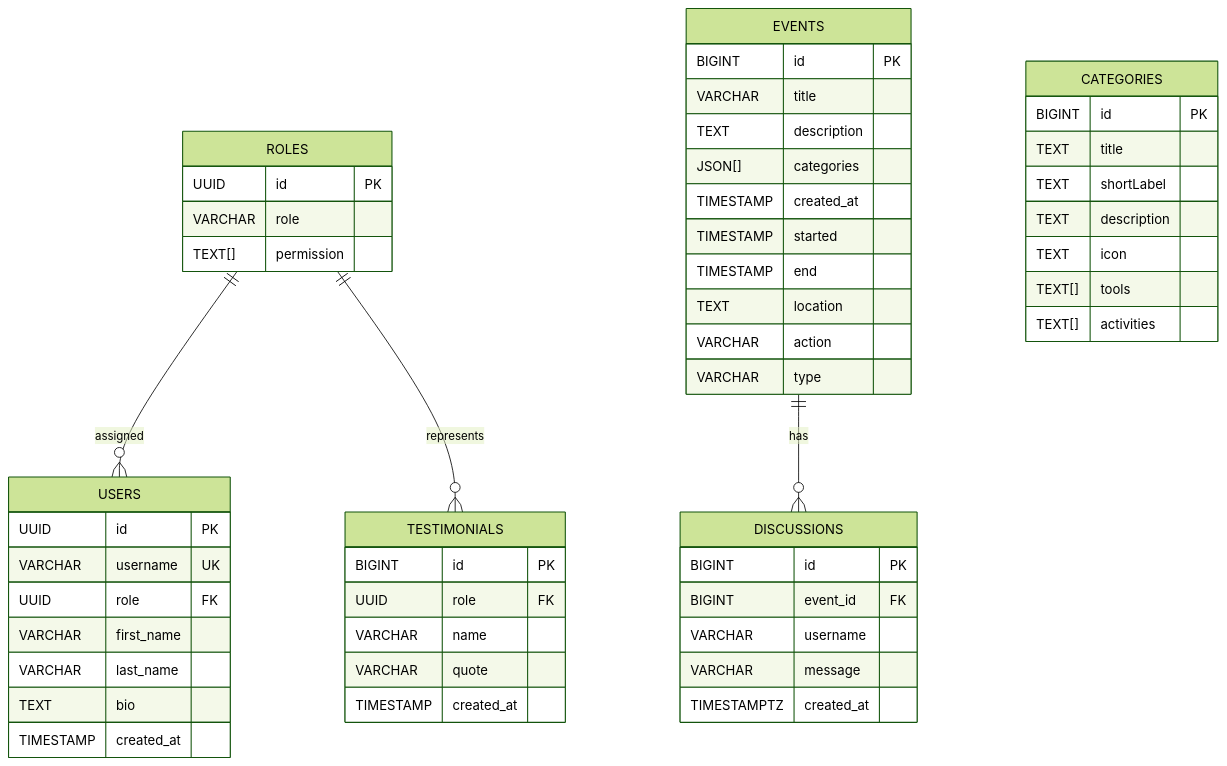
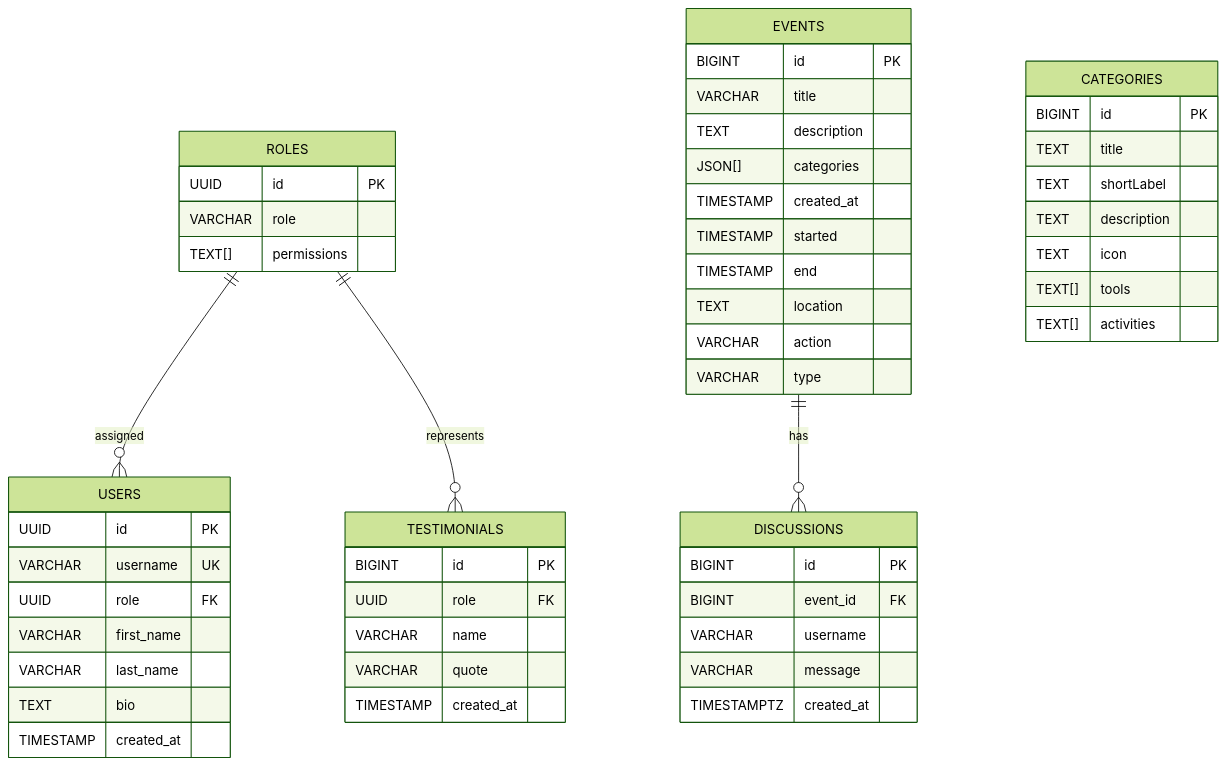
Before and after one commit to RyannKim327/org-portfolio: the diagram in README.md, drawn with Mermaid (forest theme). The commit also changed other lines of this file and 5 other files, not shown here.

````diff
--- a/README.md
+++ b/README.md
@@ -161,61 +161,61 @@
 ```mermaid
 erDiagram
     ROLES {
         UUID id PK
         VARCHAR role
-        TEXT[] permission
+        TEXT[] permissions
     } 
 
     USERS {
         UUID id PK
         VARCHAR username UK
         UUID role FK
         VARCHAR first_name
         VARCHAR last_name
         TEXT bio
         TIMESTAMP created_at
     }
 
     TESTIMONIALS {
         BIGINT id PK
         UUID role FK
         VARCHAR name
         VARCHAR quote
         TIMESTAMP created_at
     }
 
     EVENTS {
         BIGINT id PK
         VARCHAR title
         TEXT description
         JSON[] categories
         TIMESTAMP created_at
         TIMESTAMP started
         TIMESTAMP end
         TEXT location
         VARCHAR action
         VARCHAR type
     }
 
     CATEGORIES {
         BIGINT id PK
         TEXT title
         TEXT shortLabel
         TEXT description
         TEXT icon
         TEXT[] tools
         TEXT[] activities
     }
     
     DISCUSSIONS {
         BIGINT id PK
         BIGINT event_id FK
         VARCHAR username
         VARCHAR message
         TIMESTAMPTZ created_at
     }    
     
     ROLES ||--o{ USERS : "assigned"
     ROLES ||--o{ TESTIMONIALS : "represents"
     EVENTS ||--o{ DISCUSSIONS : "has"
 ```
````
